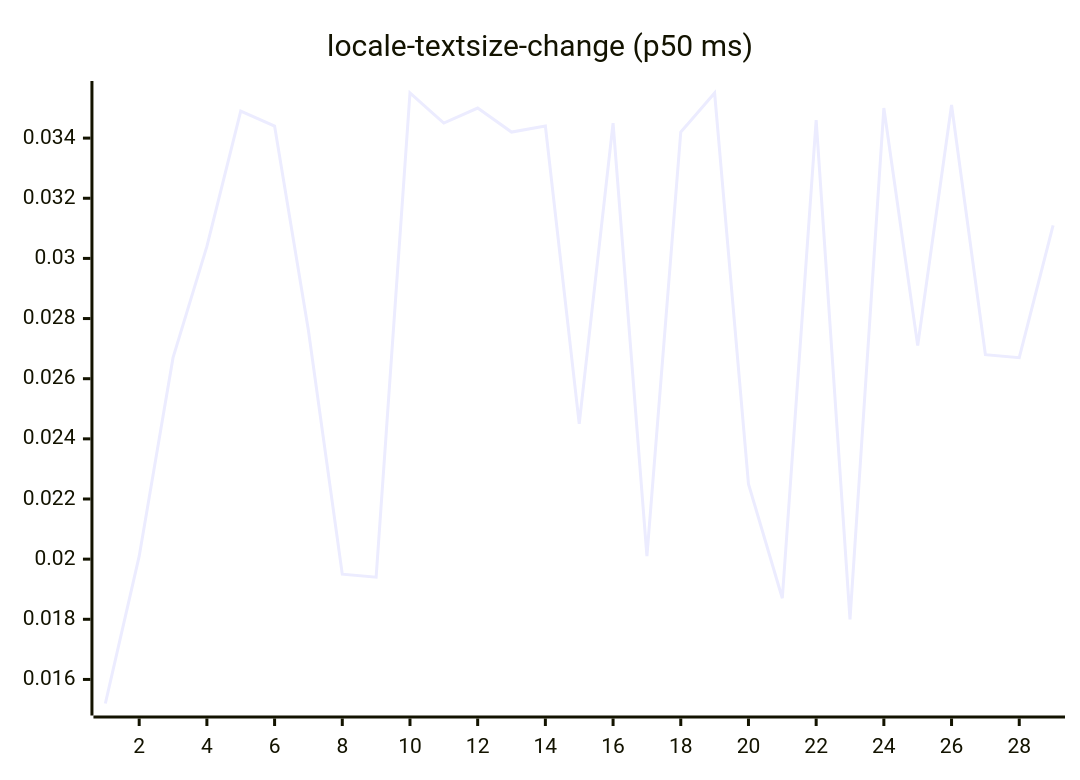
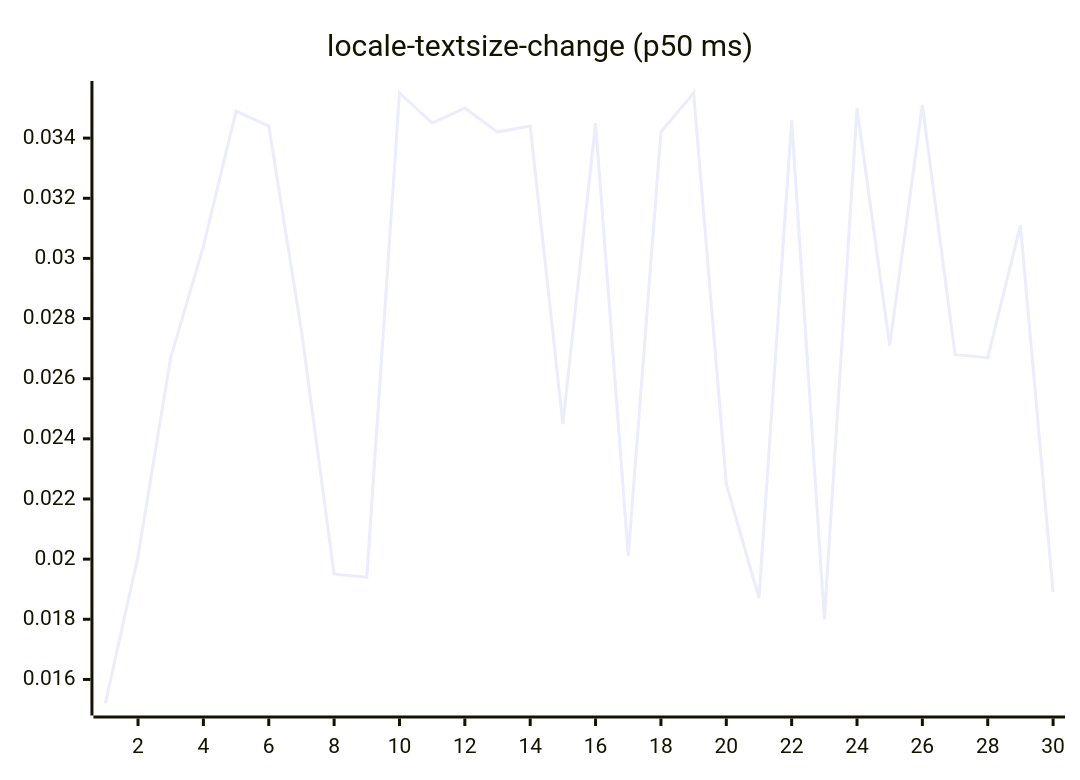
One commit to josha/Facet changed diagram 13 of 27 in README.md. Above: the diagram before and after it, drawn with Mermaid. The commit also changed other lines of this file and 2 other files, not shown here.

````diff
--- a/README.md
+++ b/README.md
@@ -147,6 +147,6 @@
 ```mermaid
 xychart-beta
     title "locale-textsize-change (p50 ms)"
-    x-axis 1 --> 29
-    line [0.0152, 0.0201, 0.0267, 0.0304, 0.0349, 0.0344, 0.0276, 0.0195, 0.0194, 0.0355, 0.0345, 0.0350, 0.0342, 0.0344, 0.0245, 0.0345, 0.0201, 0.0342, 0.0355, 0.0225, 0.0187, 0.0346, 0.0180, 0.0350, 0.0271, 0.0351, 0.0268, 0.0267, 0.0311]
+    x-axis 1 --> 30
+    line [0.0152, 0.0201, 0.0267, 0.0304, 0.0349, 0.0344, 0.0276, 0.0195, 0.0194, 0.0355, 0.0345, 0.0350, 0.0342, 0.0344, 0.0245, 0.0345, 0.0201, 0.0342, 0.0355, 0.0225, 0.0187, 0.0346, 0.0180, 0.0350, 0.0271, 0.0351, 0.0268, 0.0267, 0.0311, 0.0189]
 ```
````
